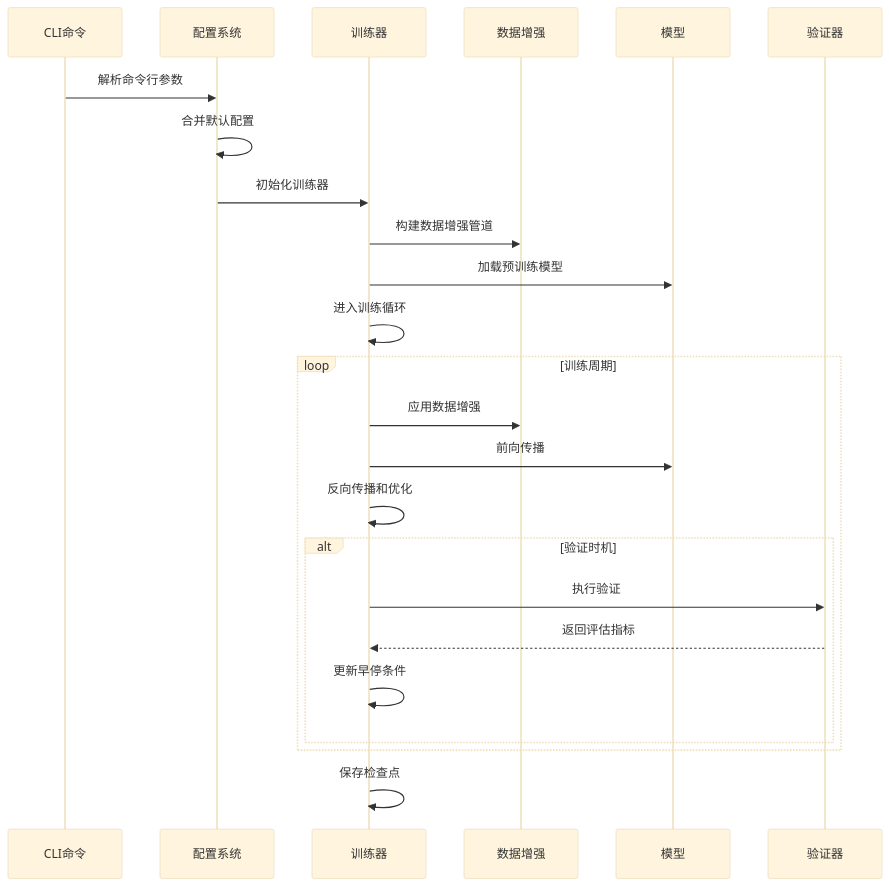
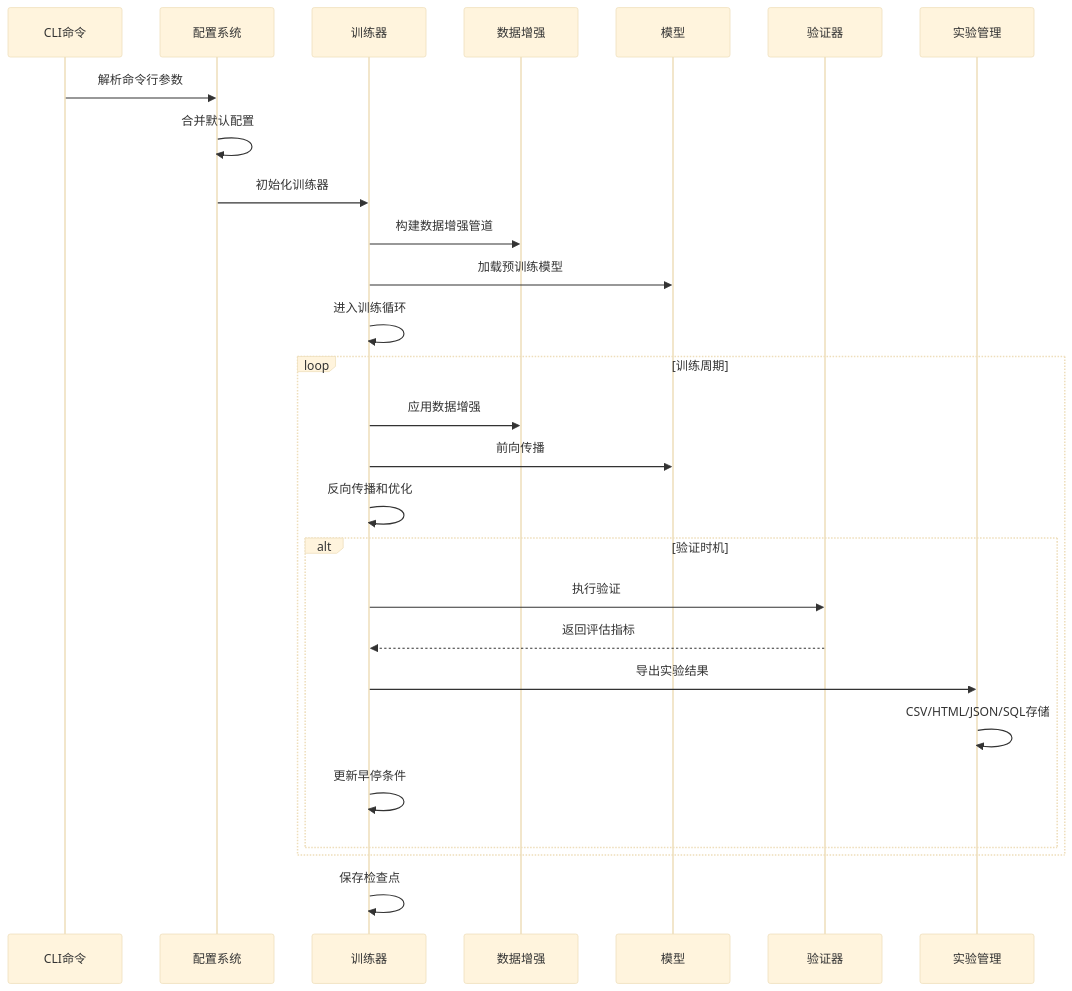
One commit to 2208754827/MM-IMPROVE changed the second of 11 diagrams in .qoder/repowiki/zh/content/模型配置与管理/训练配置管理/训练配置管理.md. Above: the diagram before and after it, drawn with Mermaid (base theme). The commit also changed other lines of this file and 1211 other files, not shown here.

````diff
--- a/.qoder/repowiki/zh/content/模型配置与管理/训练配置管理/训练配置管理.md
+++ b/.qoder/repowiki/zh/content/模型配置与管理/训练配置管理/训练配置管理.md
@@ -131,26 +176,29 @@
 ```mermaid
 sequenceDiagram
 participant CLI as CLI命令
 participant CFG as 配置系统
 participant TRAINER as 训练器
 participant DATA as 数据增强
 participant MODEL as 模型
 participant VALIDATOR as 验证器
+participant RESULT as 实验管理
 CLI->>CFG : 解析命令行参数
 CFG->>CFG : 合并默认配置
 CFG->>TRAINER : 初始化训练器
 TRAINER->>DATA : 构建数据增强管道
 TRAINER->>MODEL : 加载预训练模型
 TRAINER->>TRAINER : 进入训练循环
 loop 训练周期
 TRAINER->>DATA : 应用数据增强
 TRAINER->>MODEL : 前向传播
 TRAINER->>TRAINER : 反向传播和优化
 alt 验证时机
 TRAINER->>VALIDATOR : 执行验证
 VALIDATOR-->>TRAINER : 返回评估指标
+TRAINER->>RESULT : 导出实验结果
+RESULT->>RESULT : CSV/HTML/JSON/SQL存储
 TRAINER->>TRAINER : 更新早停条件
 end
 end
 TRAINER->>TRAINER : 保存检查点
 ```
````
